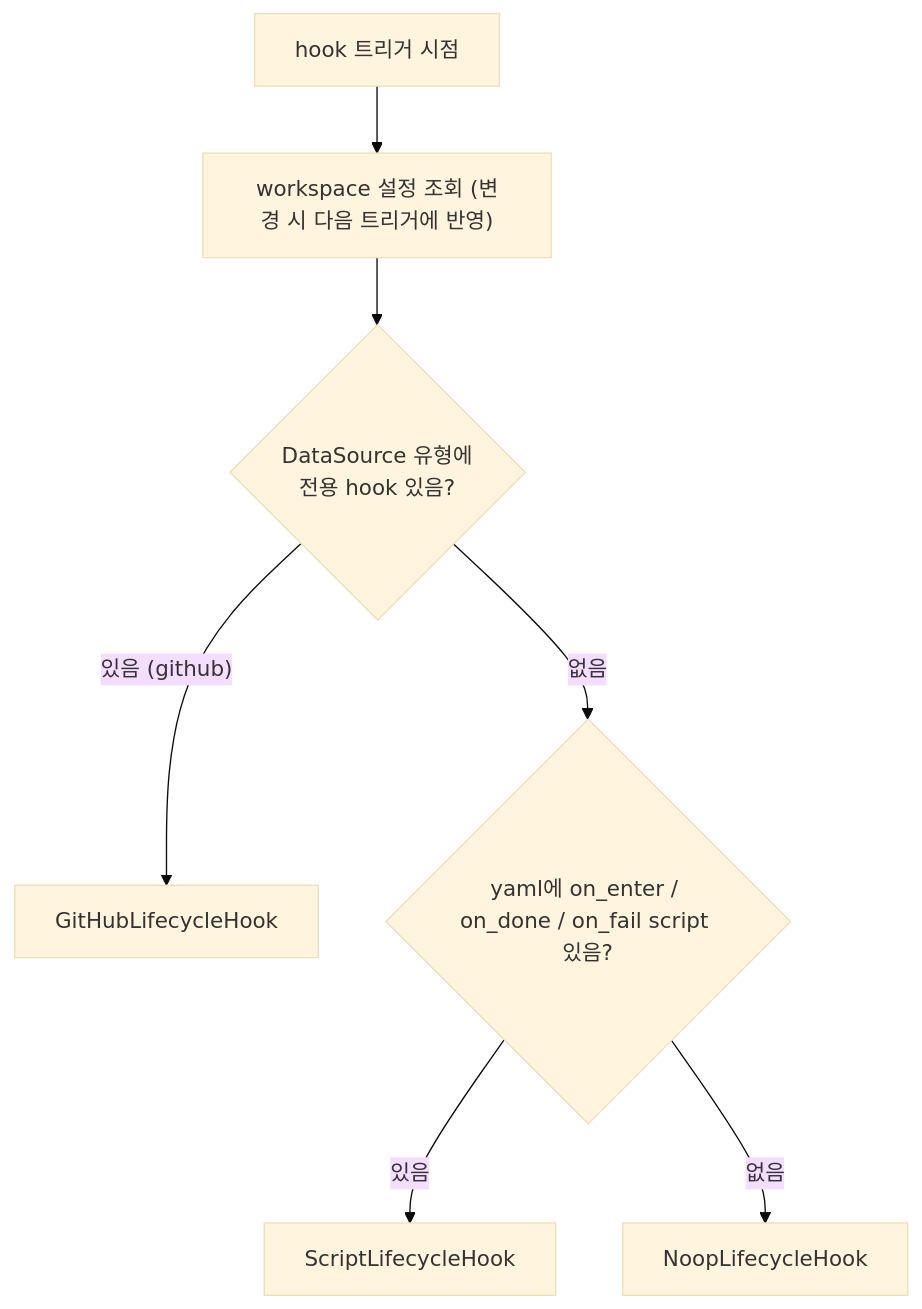
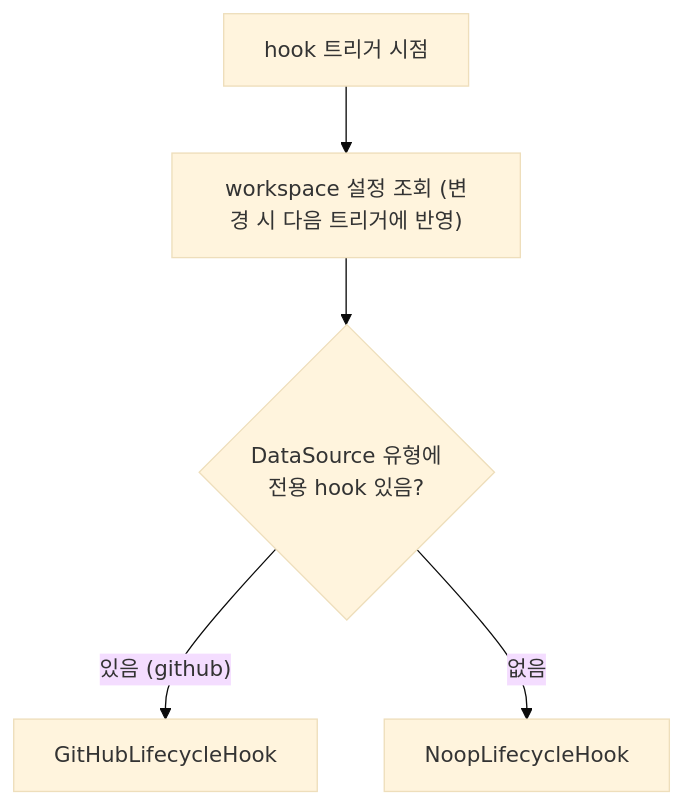
Before and after one commit to kys0213/belt: the fourth of 7 diagrams in spec/concerns/lifecycle-hook.md, drawn with Mermaid (base theme). The commit also changed other lines of this file and 6 other files, not shown here.

First line of the commit message:
fix(daemon): run yaml lifecycle scripts once by not wrapping them in a hook

````diff
--- a/spec/concerns/lifecycle-hook.md
+++ b/spec/concerns/lifecycle-hook.md
@@ -93,9 +93,7 @@
 ```mermaid
 flowchart TD
     A["hook 트리거 시점"] --> B["workspace 설정 조회 (변경 시 다음 트리거에 반영)"]
     B --> C{"DataSource 유형에<br/>전용 hook 있음?"}
     C -- "있음 (github)" --> D[GitHubLifecycleHook]
-    C -- "없음" --> E{"yaml에 on_enter / on_done / on_fail script 있음?"}
-    E -- 있음 --> F[ScriptLifecycleHook]
-    E -- 없음 --> G[NoopLifecycleHook]
+    C -- "없음" --> G[NoopLifecycleHook]
 ```
````
